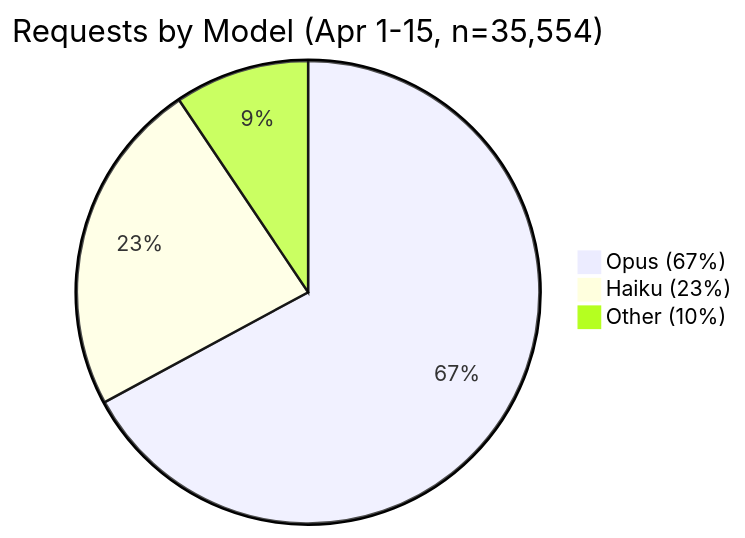
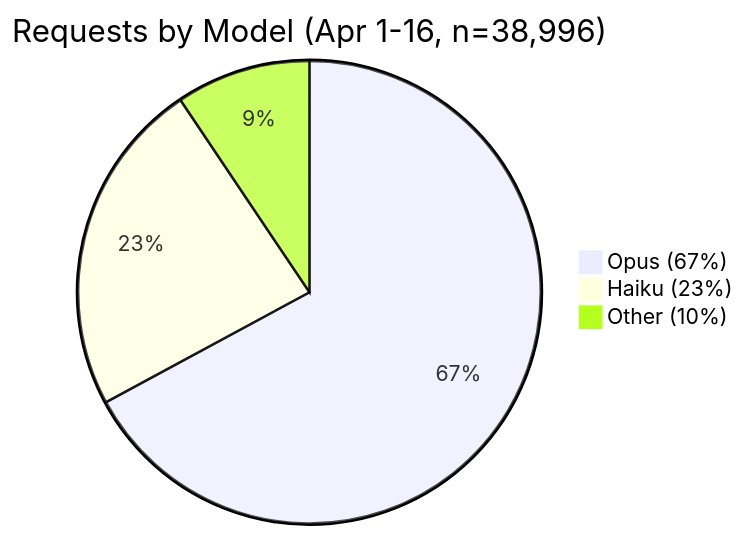
The second of 9 diagrams in 13_PROXY-DATA.md (ArkNill/claude-code-cache-analysis), drawn with Mermaid before and after one commit. The commit also changed 10 other files, not shown here.

````diff
--- a/13_PROXY-DATA.md
+++ b/13_PROXY-DATA.md
@@ -58,6 +58,6 @@
 ```mermaid
-pie title Requests by Model (Apr 1-15, n=35,554)
+pie title Requests by Model (Apr 1-16, n=38,996)
     "Opus (67%)" : 20457
     "Haiku (23%)" : 7157
     "Other (10%)" : 2867
 ```
````
